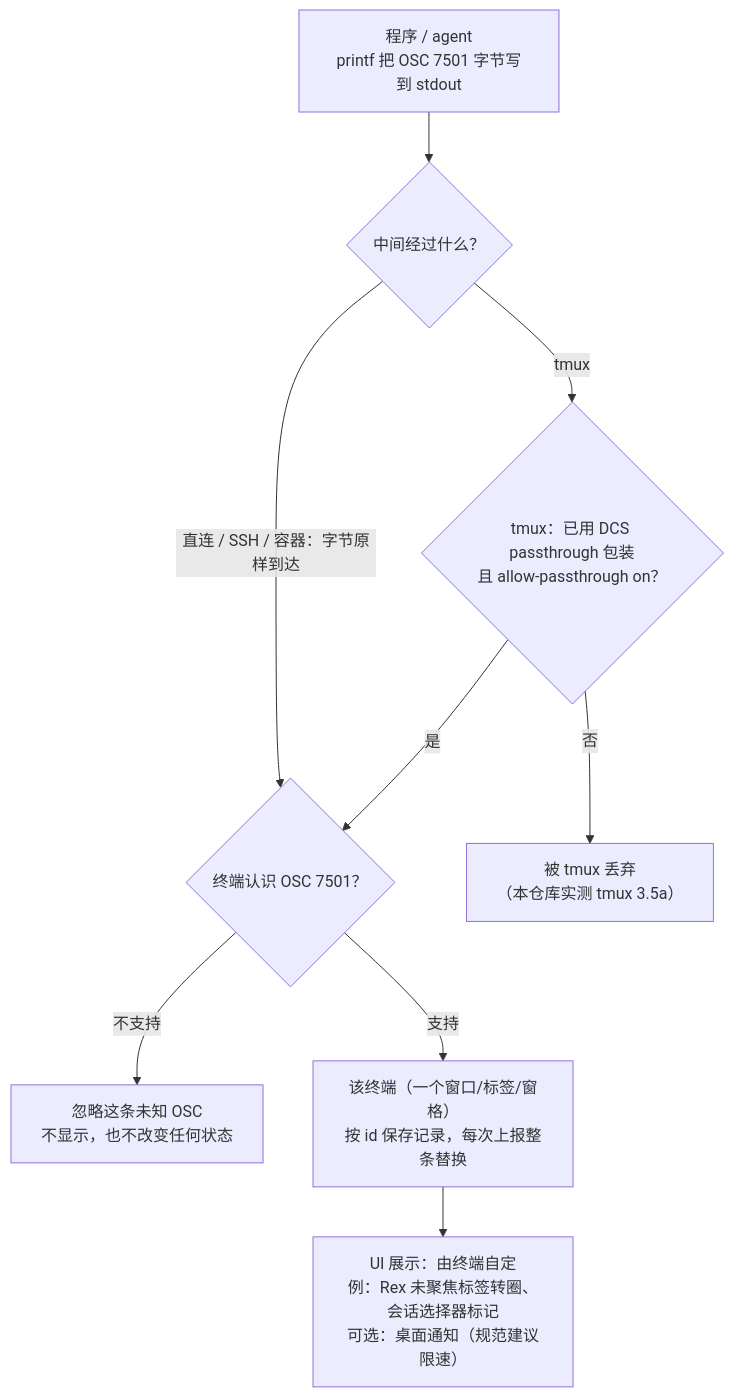
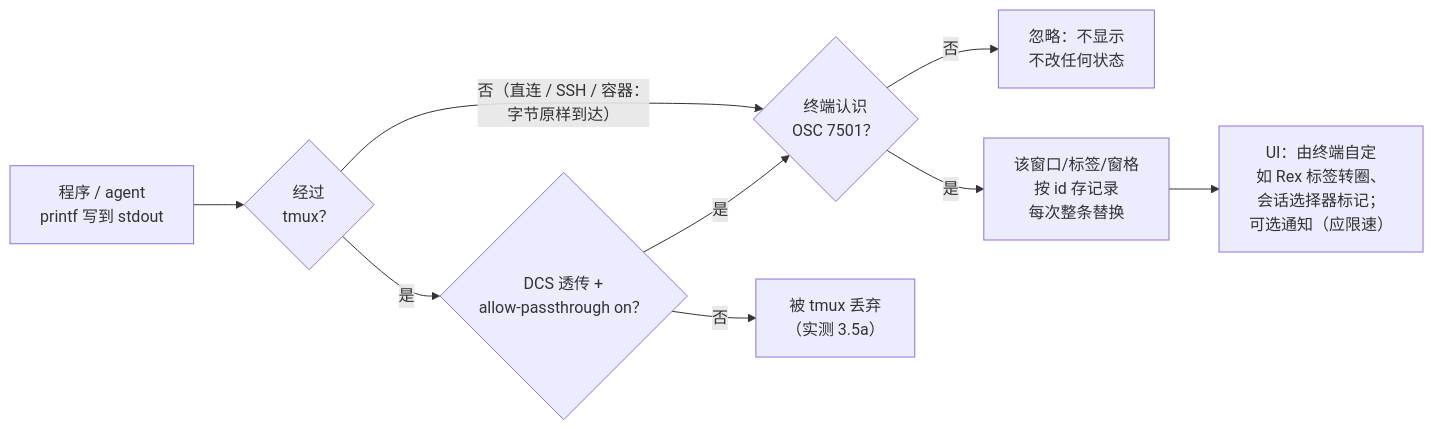
The first of 3 diagrams in README.md (hyeebeen/awesome-osc7501), drawn with Mermaid before and after one commit. The commit also changed other lines of this file and 2 other files, not shown here.

Commit message:
docs: wider flow chart, taller state chart, fix SVG alt text

````diff
--- a/README.md
+++ b/README.md
@@ -79,18 +79,18 @@
 ```mermaid
-flowchart TB
-  P["程序 / agent<br/>printf 把 OSC 7501 字节写到 stdout"]
-  MID{"中间经过什么？"}
-  TM{"tmux：已用 DCS passthrough 包装<br/>且 allow-passthrough on？"}
-  DROP["被 tmux 丢弃<br/>（本仓库实测 tmux 3.5a）"]
-  R{"终端认识 OSC 7501？"}
-  I["忽略这条未知 OSC<br/>不显示，也不改变任何状态"]
-  S["该终端（一个窗口/标签/窗格）<br/>按 id 保存记录，每次上报整条替换"]
-  U["UI 展示：由终端自定<br/>例：Rex 未聚焦标签转圈、会话选择器标记<br/>可选：桌面通知（规范建议限速）"]
+flowchart LR
+  P["程序 / agent<br/>printf 写到 stdout"]
+  MID{"经过<br/>tmux？"}
+  TM{"DCS 透传 +<br/>allow-passthrough on？"}
+  DROP["被 tmux 丢弃<br/>（实测 3.5a）"]
+  R{"终端认识<br/>OSC 7501？"}
+  I["忽略：不显示<br/>不改任何状态"]
+  S["该窗口/标签/窗格<br/>按 id 存记录<br/>每次整条替换"]
+  U["UI：由终端自定<br/>如 Rex 标签转圈、<br/>会话选择器标记；<br/>可选通知（应限速）"]
   P --> MID
-  MID -- "直连 / SSH / 容器：字节原样到达" --> R
-  MID -- tmux --> TM
+  MID -- "否（直连 / SSH / 容器：<br/>字节原样到达）" --> R
+  MID -- 是 --> TM
   TM -- 是 --> R
   TM -- 否 --> DROP
-  R -- 不支持 --> I
-  R -- 支持 --> S --> U
+  R -- 否 --> I
+  R -- 是 --> S --> U
 ```
````
